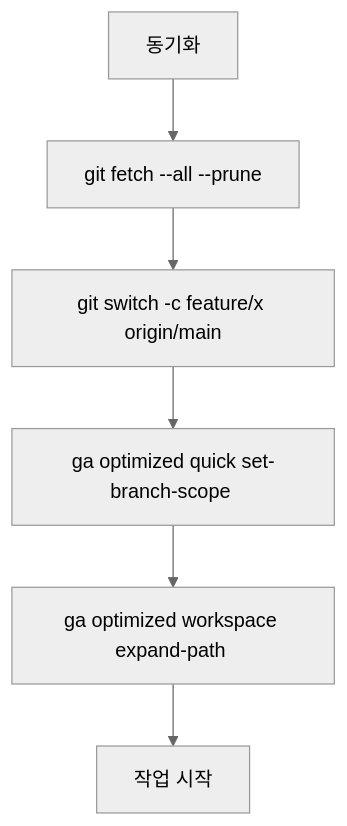
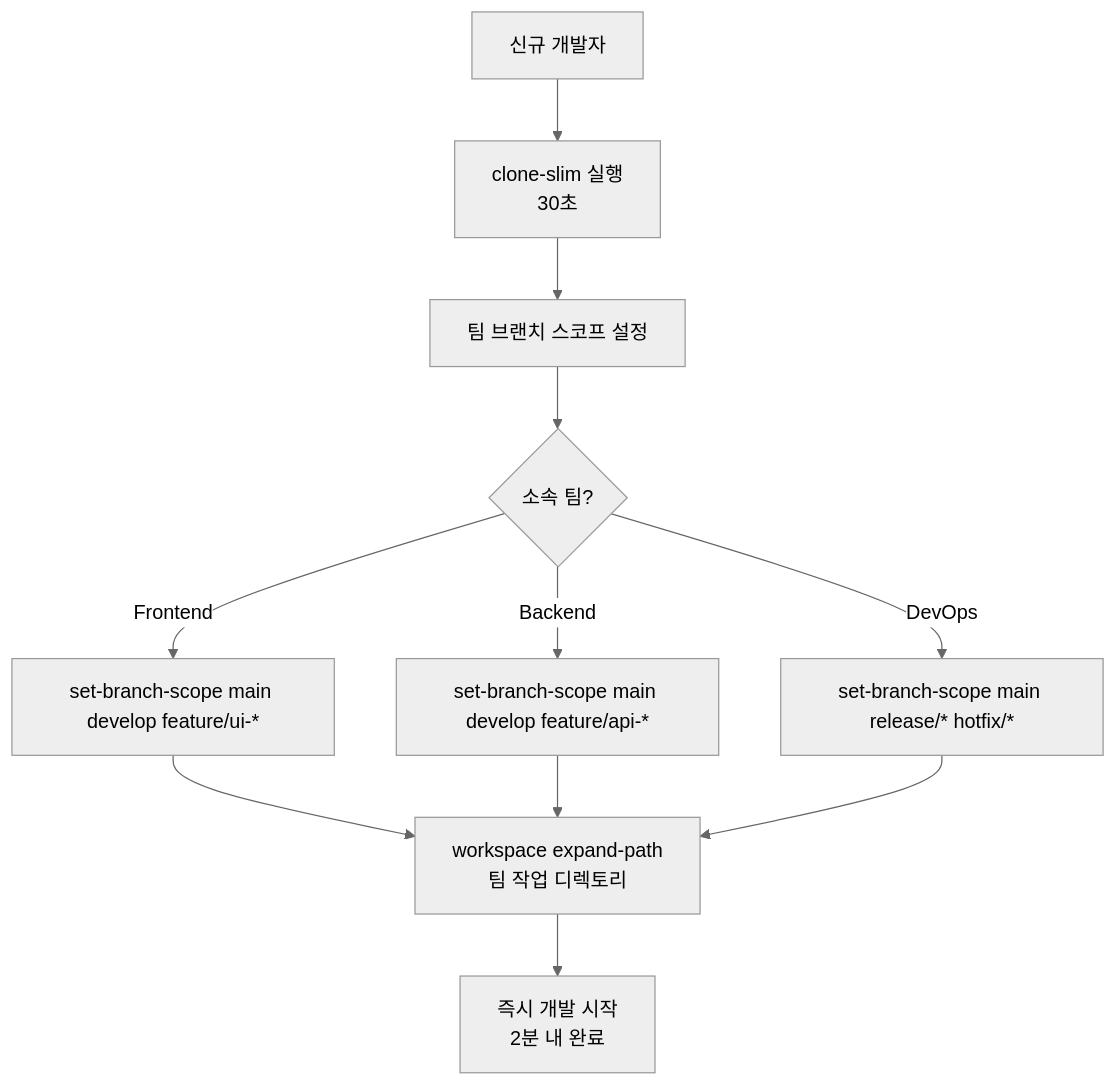
One commit to yoonhwan-neowiz/homebrew-workingcli changed the second of 10 diagrams in GIT.WORK.md. Above: the diagram before and after it, drawn with Mermaid (neutral theme). The commit also changed other lines of this file and 1 other file, not shown here.

First line of the commit message:
docs: Git 최적화 가이드 2.0 업데이트 및 shallow 명령어 도움말 수정

````diff
--- a/GIT.WORK.md
+++ b/GIT.WORK.md
@@ -55,8 +70,13 @@
 ```mermaid
 flowchart TD
-  A[동기화] --> B[git fetch --all --prune]
-  B --> C[git switch -c feature/x origin/main]
-  C --> D[ga optimized quick set-branch-scope <paths>]
-  D --> E[ga optimized workspace expand-path <paths>]
-  E --> F[작업 시작]
+  A[신규 개발자] --> B[clone-slim 실행<br/>30초]
+  B --> C[팀 브랜치 스코프 설정]
+  C --> D{소속 팀?}
+  D -->|Frontend| E[set-branch-scope main develop feature/ui-*]
+  D -->|Backend| F[set-branch-scope main develop feature/api-*]
+  D -->|DevOps| G[set-branch-scope main release/* hotfix/*]
+  E --> H[workspace expand-path<br/>팀 작업 디렉토리]
+  F --> H
+  G --> H
+  H --> I[즉시 개발 시작<br/>2분 내 완료]
 ```
````
